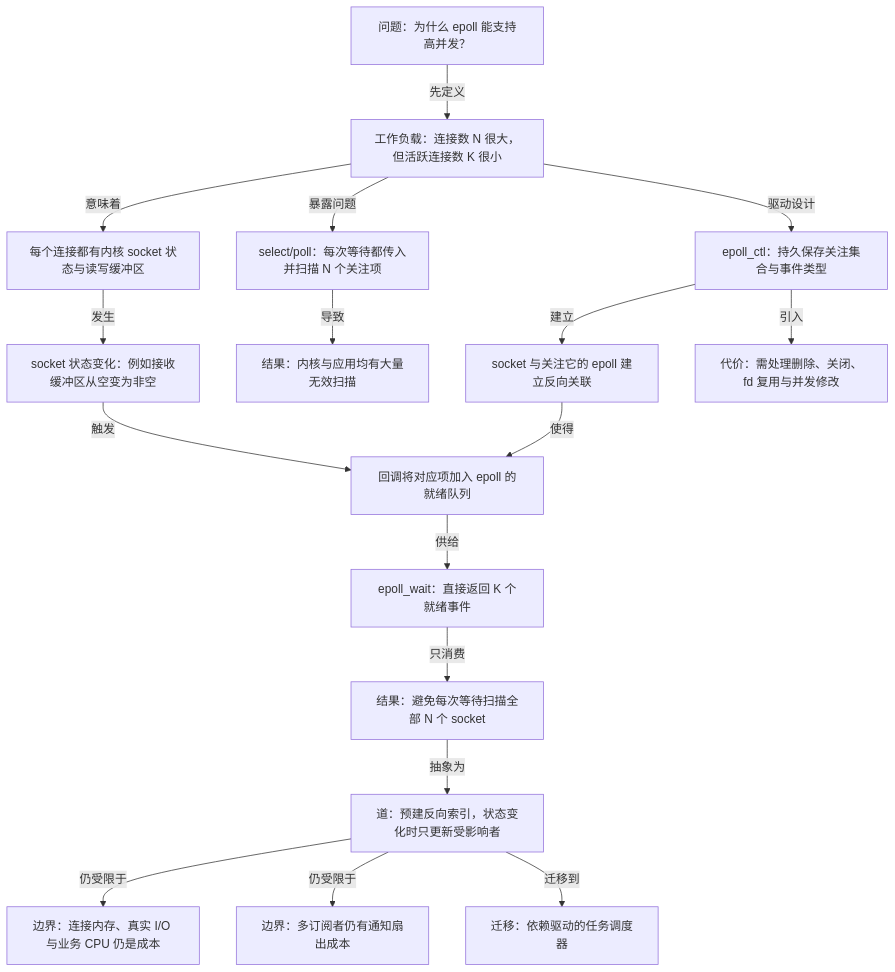
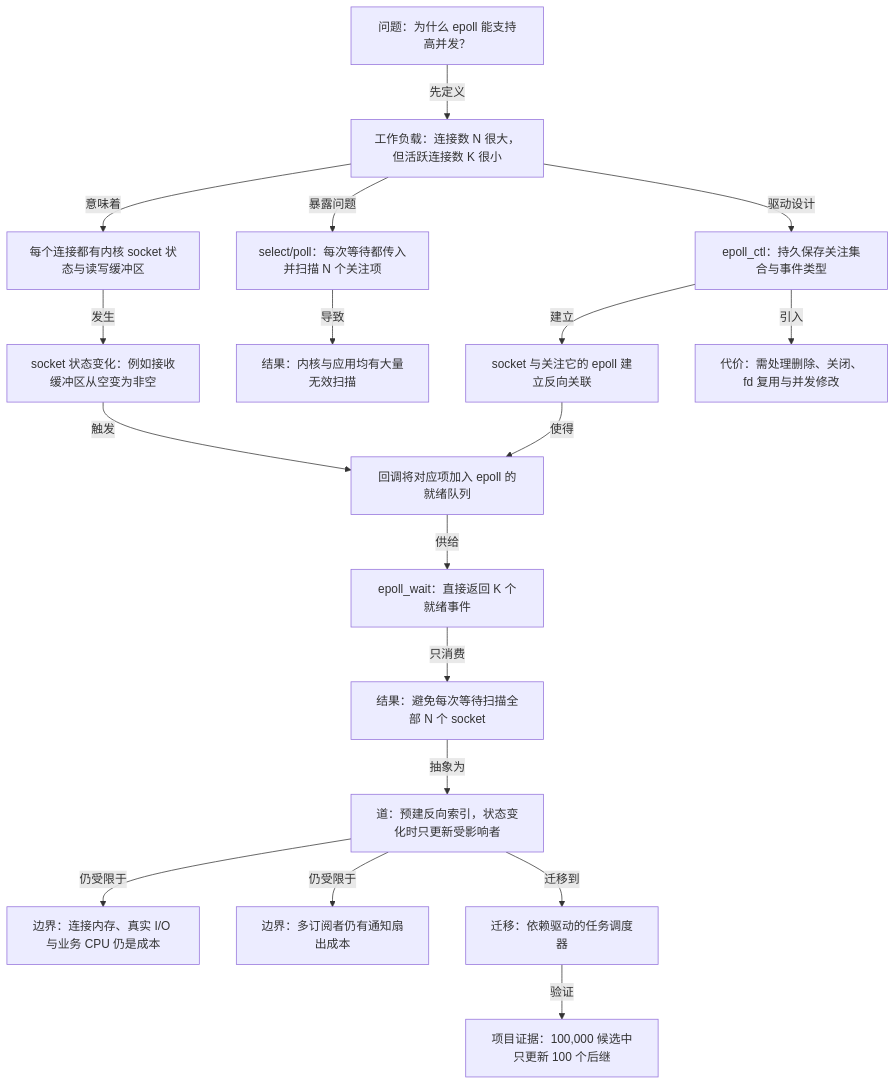
One commit to ctang0819/dao-learning-lab changed the diagram in knowledge-trees/networking/epoll-high-concurrency.md. Above: the diagram before and after it, drawn with Mermaid. The commit also changed 6 other files, not shown here.

````diff
--- a/knowledge-trees/networking/epoll-high-concurrency.md
+++ b/knowledge-trees/networking/epoll-high-concurrency.md
@@ -7,36 +7,38 @@
 ```mermaid
 flowchart TD
   Q["问题：为什么 epoll 能支持高并发？"]
   W["工作负载：连接数 N 很大，但活跃连接数 K 很小"]
   S["每个连接都有内核 socket 状态与读写缓冲区"]
   P["select/poll：每次等待都传入并扫描 N 个关注项"]
   PC["结果：内核与应用均有大量无效扫描"]
   R["epoll_ctl：持久保存关注集合与事件类型"]
   A["socket 与关注它的 epoll 建立反向关联"]
   E["socket 状态变化：例如接收缓冲区从空变为非空"]
   L["回调将对应项加入 epoll 的就绪队列"]
   EW["epoll_wait：直接返回 K 个就绪事件"]
   G["结果：避免每次等待扫描全部 N 个 socket"]
   D["道：预建反向索引，状态变化时只更新受影响者"]
   B1["边界：连接内存、真实 I/O 与业务 CPU 仍是成本"]
   B2["边界：多订阅者仍有通知扇出成本"]
   LC["代价：需处理删除、关闭、fd 复用与并发修改"]
   T["迁移：依赖驱动的任务调度器"]
+  V["项目证据：100,000 候选中只更新 100 个后继"]
 
   Q -->|"先定义"| W
   W -->|"意味着"| S
   W -->|"暴露问题"| P
   P -->|"导致"| PC
   W -->|"驱动设计"| R
   R -->|"建立"| A
   S -->|"发生"| E
   A -->|"使得"| L
   E -->|"触发"| L
   L -->|"供给"| EW
   EW -->|"只消费"| G
   G -->|"抽象为"| D
   D -->|"仍受限于"| B1
   D -->|"仍受限于"| B2
   R -->|"引入"| LC
   D -->|"迁移到"| T
+  T -->|"验证"| V
 ```
````
